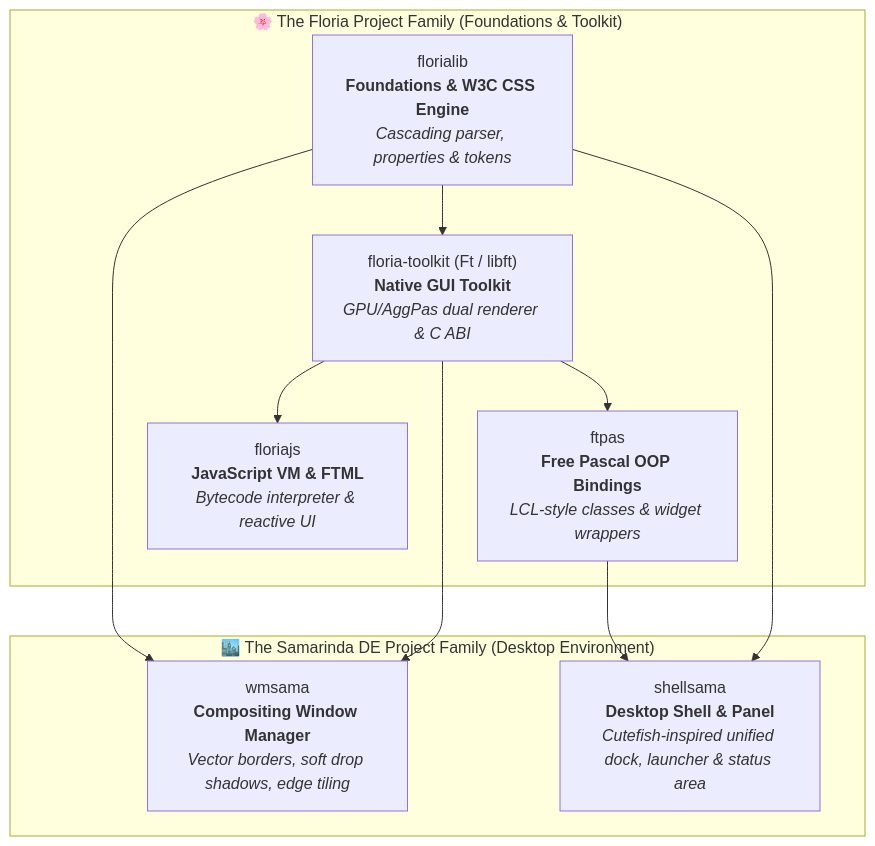
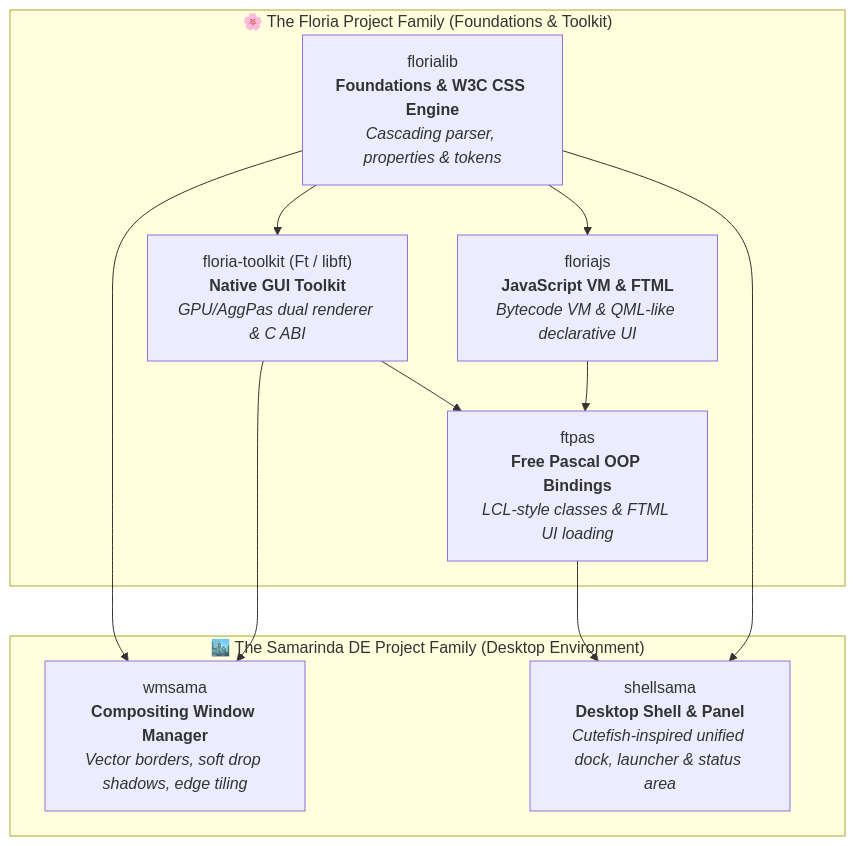
The diagram in profile/README.md (kiranaproject/.github), drawn with Mermaid before and after one commit. The commit also changed other lines of this file, not shown here.

Commit message:
docs(profile): clarify FloriaJS and FtPas relationship and FTML role
- Fix diagram: FloriaJS depends on Florialib; FtPas uses Ft and FloriaJS (FTML)
- Document FTML role as a QML-like declarative UI markup and modern Lazarus LFM replacement in FtPas

````diff
--- a/profile/README.md
+++ b/profile/README.md
@@ -15,23 +15,24 @@
 ```mermaid
 graph TD
     subgraph Floria["🌸 The Floria Project Family (Foundations & Toolkit)"]
         FloriaLib["florialib<br/><b>Foundations & W3C CSS Engine</b><br/><i>Cascading parser, properties & tokens</i>"]
         Ft["floria-toolkit (Ft / libft)<br/><b>Native GUI Toolkit</b><br/><i>GPU/AggPas dual renderer & C ABI</i>"]
-        FtPas["ftpas<br/><b>Free Pascal OOP Bindings</b><br/><i>LCL-style classes & widget wrappers</i>"]
-        FloriaJS["floriajs<br/><b>JavaScript VM & FTML</b><br/><i>Bytecode interpreter & reactive UI</i>"]
+        FloriaJS["floriajs<br/><b>JavaScript VM & FTML</b><br/><i>Bytecode VM & QML-like declarative UI</i>"]
+        FtPas["ftpas<br/><b>Free Pascal OOP Bindings</b><br/><i>LCL-style classes & FTML UI loading</i>"]
 
         FloriaLib --> Ft
+        FloriaLib --> FloriaJS
         Ft --> FtPas
-        Ft --> FloriaJS
+        FloriaJS --> FtPas
     end
 
     subgraph Samarinda["🏙️ The Samarinda DE Project Family (Desktop Environment)"]
         Wmsama["wmsama<br/><b>Compositing Window Manager</b><br/><i>Vector borders, soft drop shadows, edge tiling</i>"]
         Shellsama["shellsama<br/><b>Desktop Shell & Panel</b><br/><i>Cutefish-inspired unified dock, launcher & status area</i>"]
 
         FloriaLib --> Wmsama
         Ft --> Wmsama
         FtPas --> Shellsama
         FloriaLib --> Shellsama
     end
 ```
````
